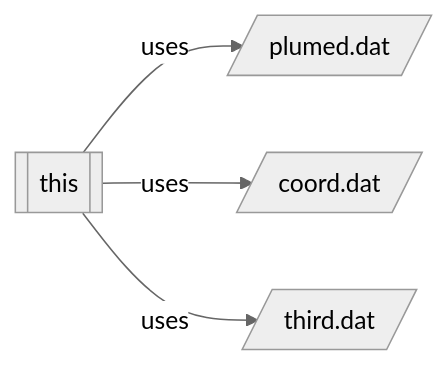
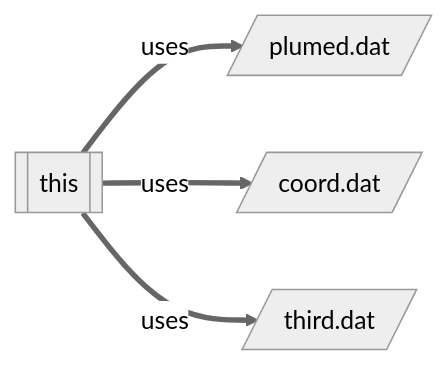
One commit to Iximiel/plumed-school-benchmark changed the third of 6 diagrams in README.md. Above: the diagram before and after it, drawn with Mermaid (neutral theme). The commit also changed other lines of this file, not shown here.

````diff
--- a/README.md
+++ b/README.md
@@ -68,8 +77,8 @@
 ```mermaid
 flowchart LR
 
-k1[[this]] -- uses--> f1[/plumed.dat/]
-k1         -- uses--> f2[/coord.dat/]
-k1         -- uses--> f3[/third.dat/]
+k1[[this]] == uses ==> f1[/plumed.dat/]
+k1         == uses ==> f2[/coord.dat/]
+k1         == uses ==> f3[/third.dat/]
 
 ```
````
